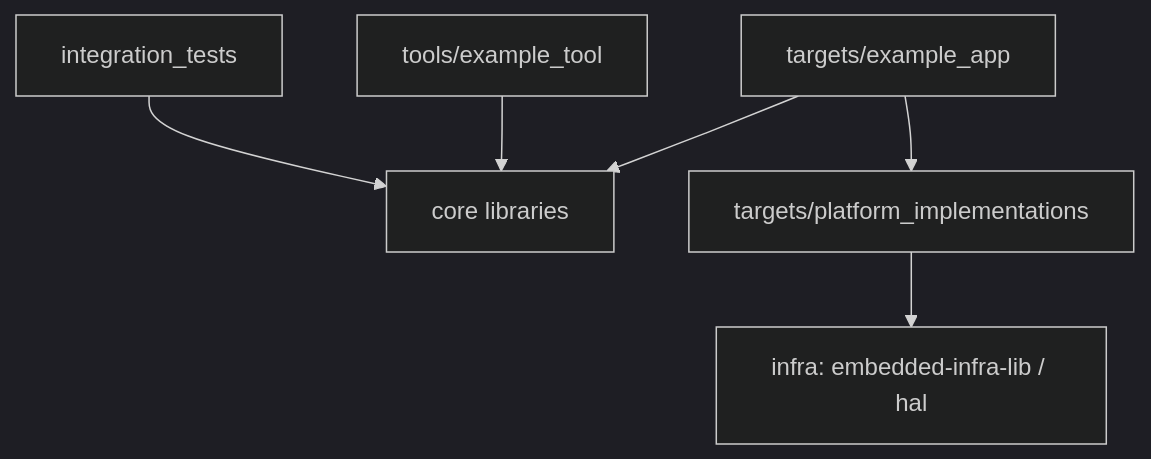
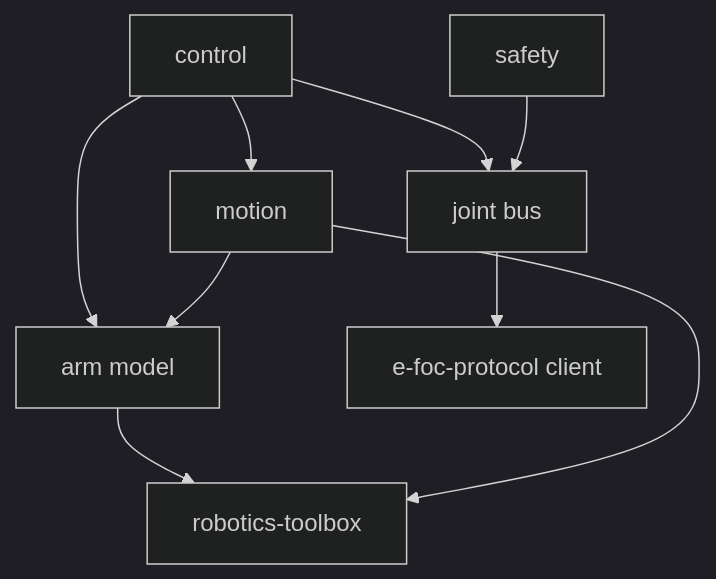
One commit to embedded-pro/e-robot-arm changed the second of 3 diagrams in documentation/architecture/system.md. Above: the diagram before and after it, drawn with Mermaid (dark theme). The commit also changed other lines of this file and 53 other files, not shown here.

First line of the commit message:
build: bootstrap e-robot-arm from embedded-scaffold

````diff
--- a/documentation/architecture/system.md
+++ b/documentation/architecture/system.md
@@ -40,8 +69,11 @@
 ```mermaid
-graph TD
-    App[targets/example_app] --> Core[core libraries]
-    App --> Platform[targets/platform_implementations]
-    Tools[tools/example_tool] --> Core
-    IT[integration_tests] --> Core
-    Platform --> Infra[infra: embedded-infra-lib / hal]
+flowchart TD
+    Control[control] --> Motion[motion]
+    Control --> Model[arm model]
+    Control --> JointBus[joint bus]
+    Safety[safety] --> JointBus
+    Motion --> Model
+    JointBus --> Protocol[e-foc-protocol client]
+    Model --> Robotics[robotics-toolbox]
+    Motion --> Robotics
 ```
````
